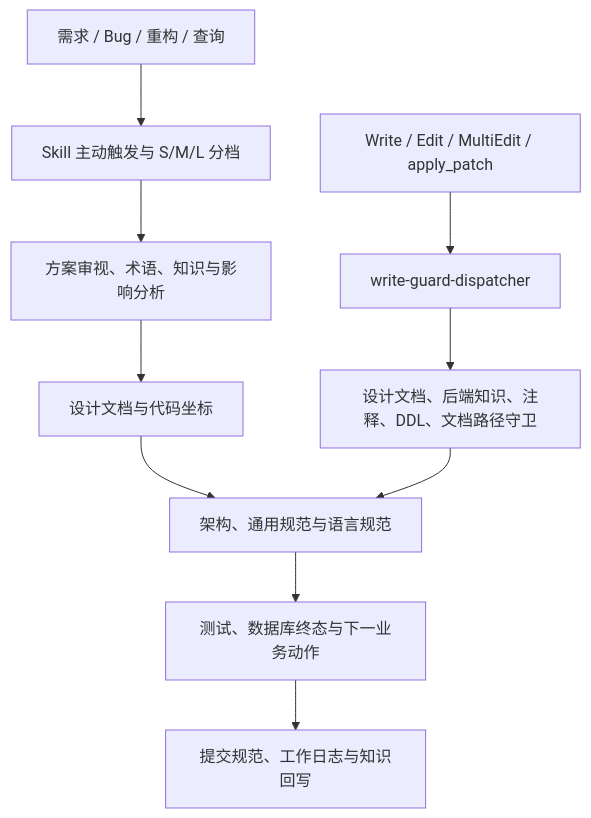
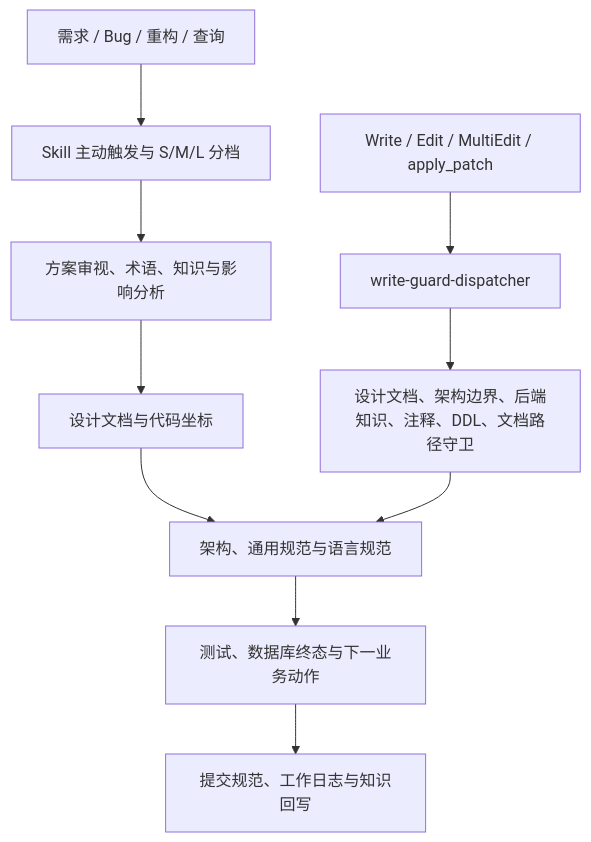
One commit to exception-coder/team-standards changed the first of 2 diagrams in README.md. Above: the diagram before and after it, drawn with Mermaid. The commit also changed other lines of this file and 22 other files, not shown here.

First line of the commit message:
feat(architecture): 增加模块边界机械门禁

````diff
--- a/README.md
+++ b/README.md
@@ -44,13 +44,13 @@
 ```mermaid
 flowchart TD
     REQUEST["需求 / Bug / 重构 / 查询"] --> ROUTER["Skill 主动触发与 S/M/L 分档"]
     ROUTER --> ANALYSIS["方案审视、术语、知识与影响分析"]
     ANALYSIS --> DESIGN["设计文档与代码坐标"]
     DESIGN --> IMPLEMENT["架构、通用规范与语言规范"]
     IMPLEMENT --> VERIFY["测试、数据库终态与下一业务动作"]
     VERIFY --> COMMIT["提交规范、工作日志与知识回写"]
 
     WRITE["Write / Edit / MultiEdit / apply_patch"] --> DISPATCHER["write-guard-dispatcher"]
-    DISPATCHER --> GUARDS["设计文档、后端知识、注释、DDL、文档路径守卫"]
+    DISPATCHER --> GUARDS["设计文档、架构边界、后端知识、注释、DDL、文档路径守卫"]
     GUARDS --> IMPLEMENT
 ```
````
